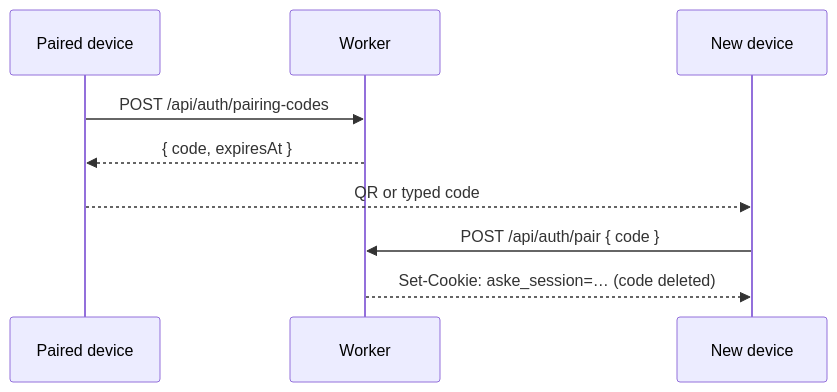
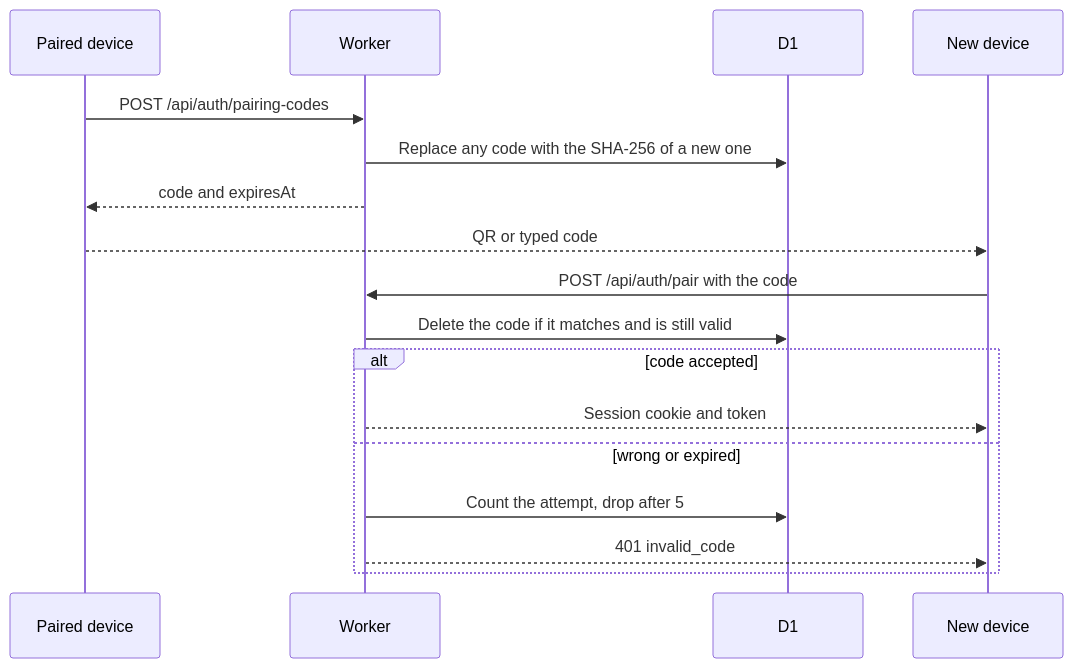
One commit to Ando144/aske-stream changed the fourth of 6 diagrams in docs/architecture.md. Above: the diagram before and after it, drawn with Mermaid. The commit also changed other lines of this file and 58 other files, not shown here.

````diff
--- a/docs/architecture.md
+++ b/docs/architecture.md
@@ -106,11 +213,19 @@
 ```mermaid
 sequenceDiagram
   participant Old as Paired device
-  participant Worker
+  participant W as Worker
+  participant DB as D1
   participant New as New device
-  Old->>Worker: POST /api/auth/pairing-codes
-  Worker-->>Old: { code, expiresAt }
+  Old->>W: POST /api/auth/pairing-codes
+  W->>DB: Replace any code with the SHA-256 of a new one
+  W-->>Old: code and expiresAt
   Old-->>New: QR or typed code
-  New->>Worker: POST /api/auth/pair { code }
-  Worker-->>New: Set-Cookie: aske_session=… (code deleted)
+  New->>W: POST /api/auth/pair with the code
+  W->>DB: Delete the code if it matches and is still valid
+  alt code accepted
+    W-->>New: Session cookie and token
+  else wrong or expired
+    W->>DB: Count the attempt, drop after 5
+    W-->>New: 401 invalid_code
+  end
 ```
````
